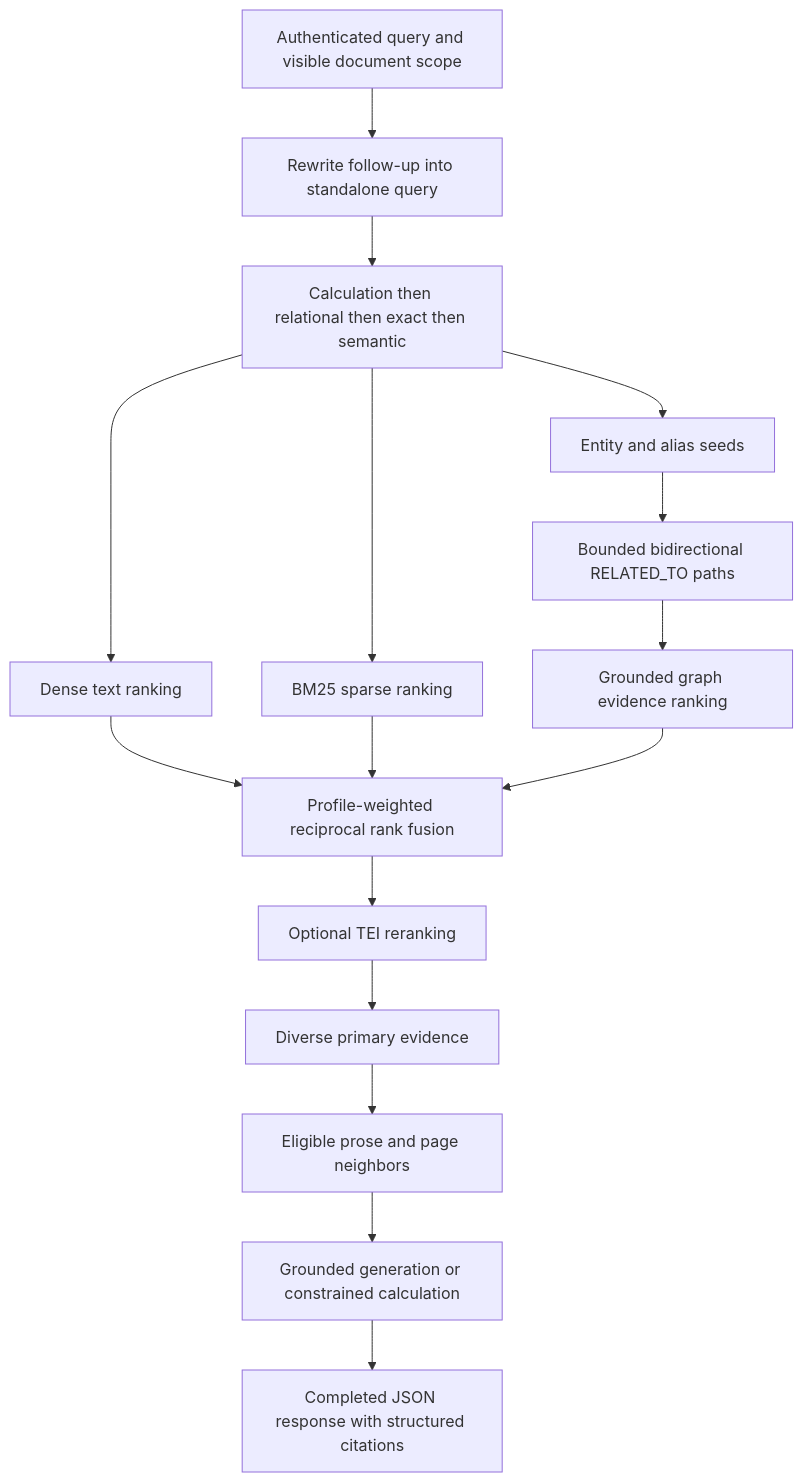
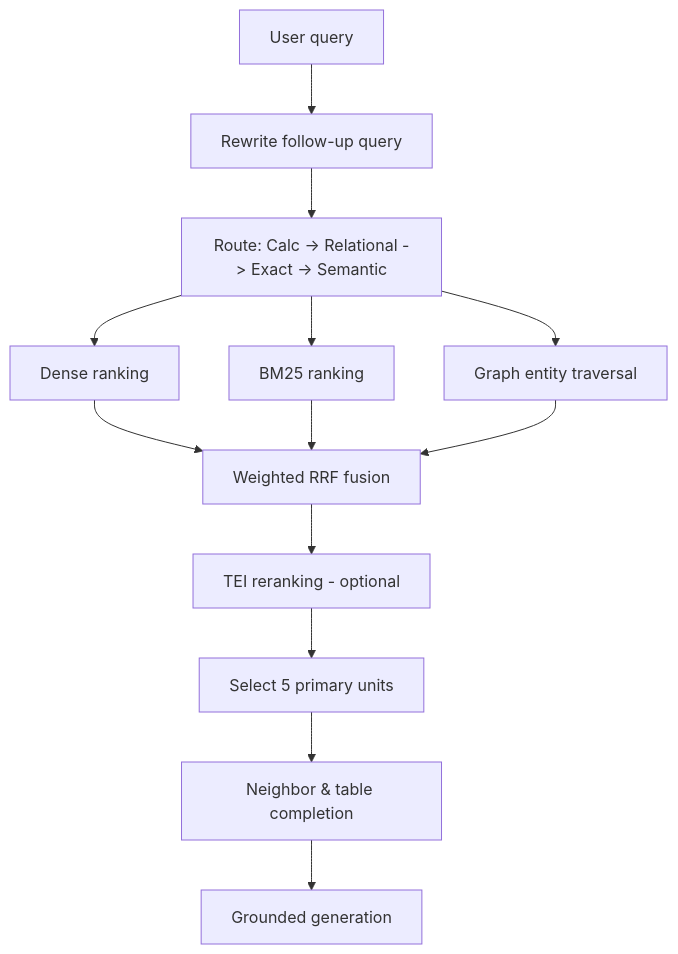
Before and after one commit to OpenVie/OpenVie: the fourth of 4 diagrams in docs/RETRIEVAL.md, drawn with Mermaid. The commit also changed other lines of this file and 10 other files, not shown here.

First line of the commit message:
refactor: remove WORKSPACES_PLAN.md and update GUIDE.md for modular monolith architecture

````diff
--- a/docs/RETRIEVAL.md
+++ b/docs/RETRIEVAL.md
@@ -191,18 +142,15 @@
 ```mermaid
 flowchart TD
-    Query[Authenticated query and visible document scope] --> Plan[Rewrite follow-up into standalone query]
-    Plan --> Route[Calculation then relational then exact then semantic]
-    Route --> Dense[Dense text ranking]
-    Route --> Sparse[BM25 sparse ranking]
-    Route --> Graph[Entity and alias seeds]
-    Graph --> Paths[Bounded bidirectional RELATED_TO paths]
-    Paths --> Evidence[Grounded graph evidence ranking]
-    Dense --> Fusion[Profile-weighted reciprocal rank fusion]
+    Query[User query] --> Plan[Rewrite follow-up query]
+    Plan --> Route[Route: Calc -> Relational -> Exact -> Semantic]
+    Route --> Dense[Dense ranking]
+    Route --> Sparse[BM25 ranking]
+    Route --> Graph[Graph entity traversal]
+    Dense --> Fusion[Weighted RRF fusion]
     Sparse --> Fusion
-    Evidence --> Fusion
-    Fusion --> Rerank[Optional TEI reranking]
-    Rerank --> Select[Diverse primary evidence]
-    Select --> Neighbors[Eligible prose and page neighbors]
-    Neighbors --> Generate[Grounded generation or constrained calculation]
-    Generate --> Response[Completed JSON response with structured citations]
+    Graph --> Fusion
+    Fusion --> Rerank[TEI reranking - optional]
+    Rerank --> Select[Select 5 primary units]
+    Select --> Neighbors[Neighbor & table completion]
+    Neighbors --> Generate[Grounded generation]
 ```
````
